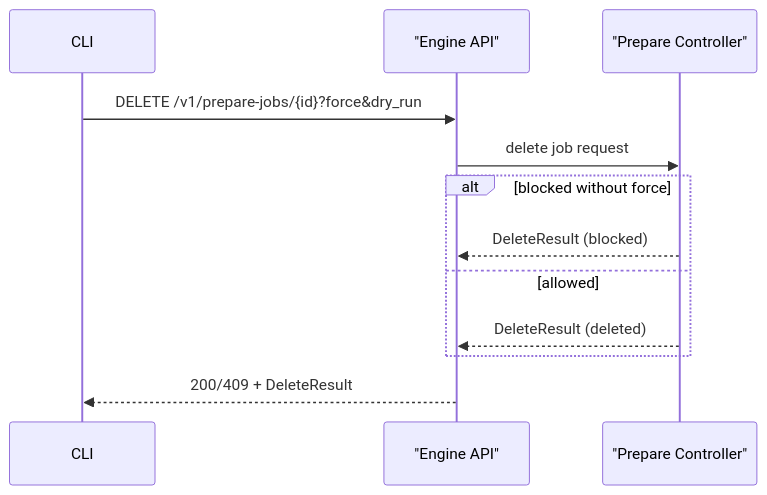
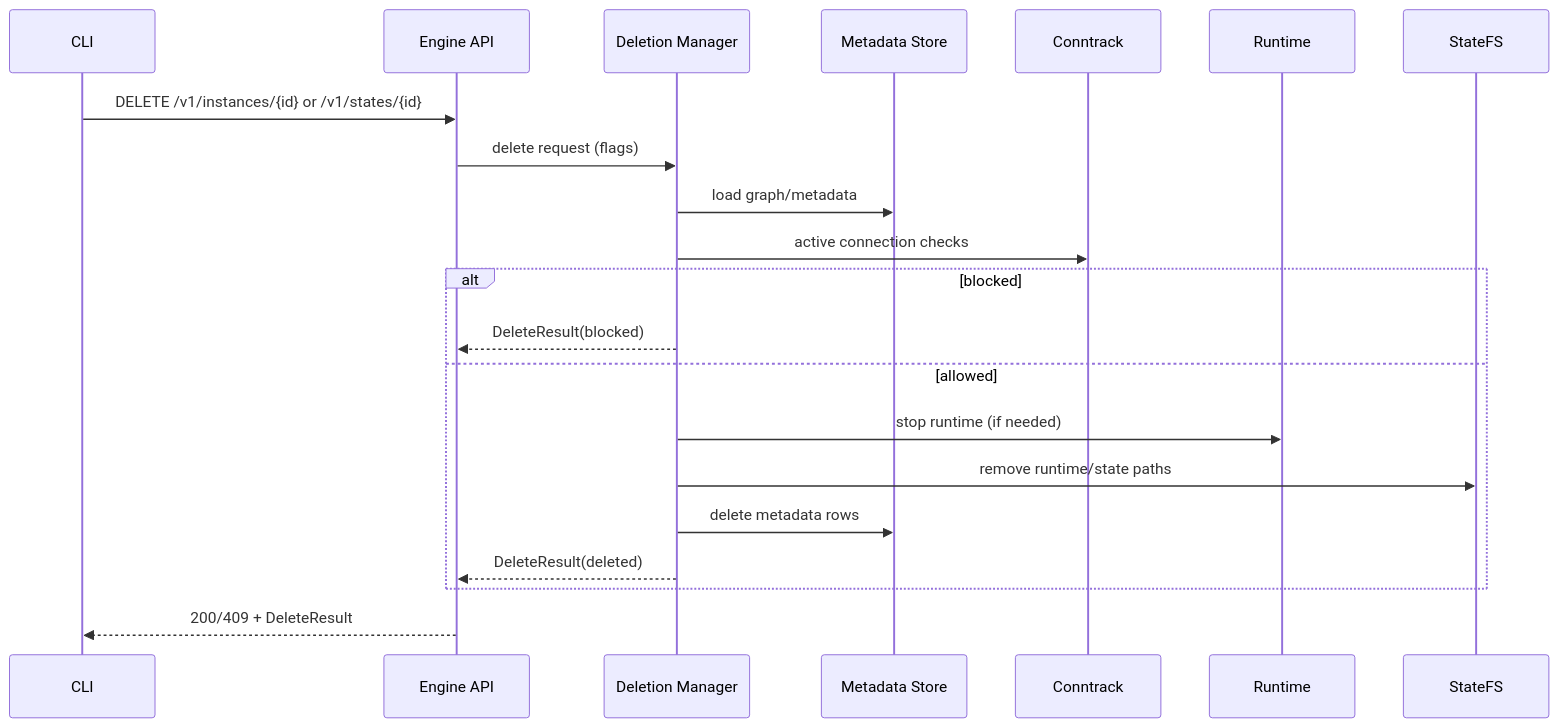
Before and after one commit to kimak-irmagi/taidon: the fifth of 5 diagrams in docs/architecture/engine-internals.md, drawn with Mermaid. The commit also changed other lines of this file and 9 other files, not shown here.

````diff
--- a/docs/architecture/engine-internals.md
+++ b/docs/architecture/engine-internals.md
@@ -312,15 +205,24 @@
 ```mermaid
 sequenceDiagram
   participant CLI as CLI
-  participant API as "Engine API"
-  participant CTRL as "Prepare Controller"
+  participant API as Engine API
+  participant DEL as Deletion Manager
+  participant STORE as Metadata Store
+  participant CONN as Conntrack
+  participant RT as Runtime
+  participant STATEFS as StateFS
 
-  CLI->>API: DELETE /v1/prepare-jobs/{id}?force&dry_run
-  API->>CTRL: delete job request
-  alt blocked without force
-    CTRL-->>API: DeleteResult (blocked)
+  CLI->>API: DELETE /v1/instances/{id} or /v1/states/{id}
+  API->>DEL: delete request (flags)
+  DEL->>STORE: load graph/metadata
+  DEL->>CONN: active connection checks
+  alt blocked
+    DEL-->>API: DeleteResult(blocked)
   else allowed
-    CTRL-->>API: DeleteResult (deleted)
+    DEL->>RT: stop runtime (if needed)
+    DEL->>STATEFS: remove runtime/state paths
+    DEL->>STORE: delete metadata rows
+    DEL-->>API: DeleteResult(deleted)
   end
   API-->>CLI: 200/409 + DeleteResult
 ```
````
